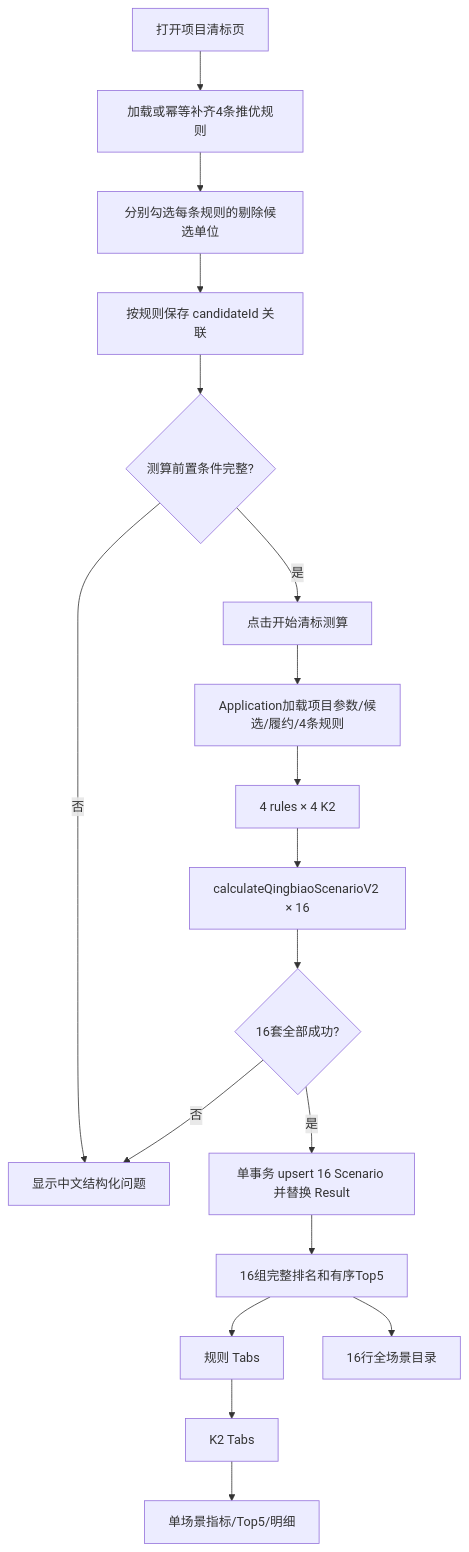
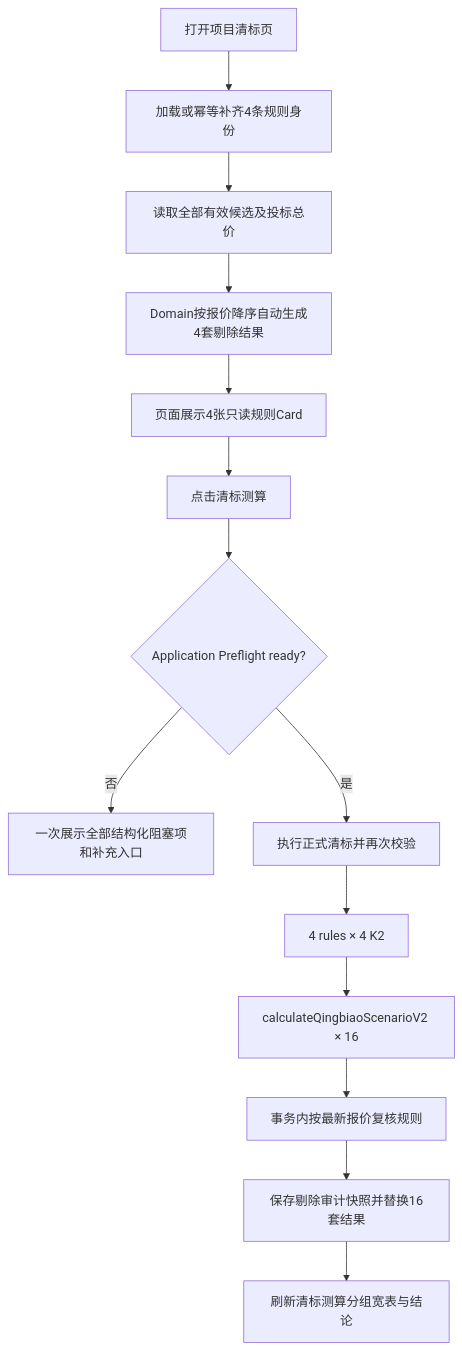
Before and after one commit to wenjianghai123-eth/Zhuzhao-AI-Bidding-Assistant: the diagram in docs/qingbiao-flow.md, drawn with Mermaid. The commit also changed other lines of this file and 87 other files, not shown here.

````diff
--- a/docs/qingbiao-flow.md
+++ b/docs/qingbiao-flow.md
@@ -7,20 +7,16 @@
 ```mermaid
 flowchart TD
-    A[打开项目清标页] --> B[加载或幂等补齐4条推优规则]
-    B --> C[分别勾选每条规则的剔除候选单位]
-    C --> D[按规则保存 candidateId 关联]
-    D --> E{测算前置条件完整?}
-    E -- 否 --> F[显示中文结构化问题]
-    E -- 是 --> G[点击开始清标测算]
-    G --> H[Application加载项目参数/候选/履约/4条规则]
-    H --> I[4 rules × 4 K2]
-    I --> J[calculateQingbiaoScenarioV2 × 16]
-    J --> K{16套全部成功?}
-    K -- 否 --> F
-    K -- 是 --> L[单事务 upsert 16 Scenario 并替换 Result]
-    L --> M[16组完整排名和有序Top5]
-    M --> N[规则 Tabs]
-    N --> O[K2 Tabs]
-    O --> P[单场景指标/Top5/明细]
-    M --> Q[16行全场景目录]
+    A[打开项目清标页] --> B[加载或幂等补齐4条规则身份]
+    B --> C[读取全部有效候选及投标总价]
+    C --> D[Domain按报价降序自动生成4套剔除结果]
+    D --> E[页面展示4张只读规则Card]
+    E --> F[点击清标测算]
+    F --> G{Application Preflight ready?}
+    G -- 否 --> H[一次展示全部结构化阻塞项和补充入口]
+    G -- 是 --> I[执行正式清标并再次校验]
+    I --> J[4 rules × 4 K2]
+    J --> K[calculateQingbiaoScenarioV2 × 16]
+    K --> L[事务内按最新报价复核规则]
+    L --> M[保存剔除审计快照并替换16套结果]
+    M --> N[刷新清标测算分组宽表与结论]
 ```
````
